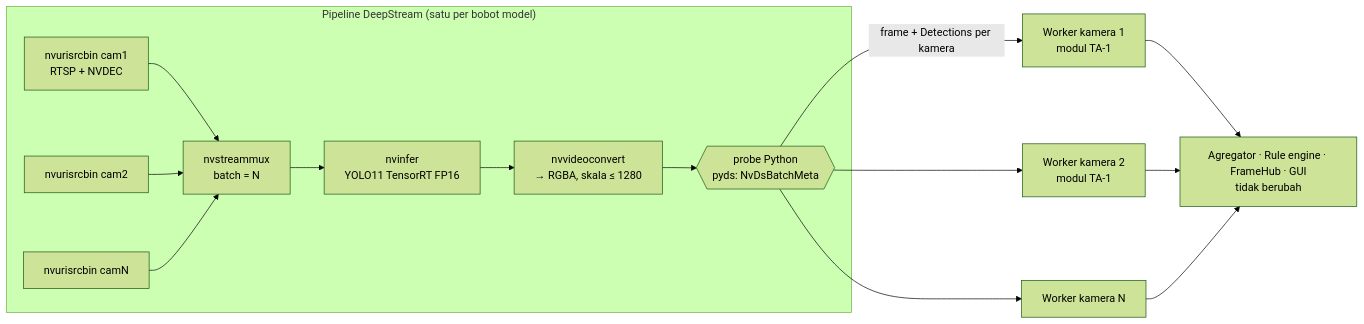
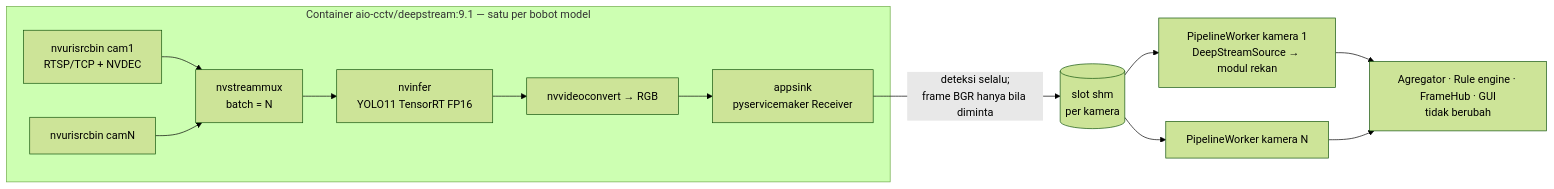
The second of 2 diagrams in docs/fase/FASE-09-optimasi-sumber-daya-packaging.md (Nadhifbasyara/Aplikasi_AIO_CCTV), drawn with Mermaid (forest theme) before and after one commit. The commit also changed other lines of this file and 66 other files, not shown here.

````diff
--- a/docs/fase/FASE-09-optimasi-sumber-daya-packaging.md
+++ b/docs/fase/FASE-09-optimasi-sumber-daya-packaging.md
@@ -228,15 +230,13 @@
 ```mermaid
 flowchart LR
-    subgraph DS["Pipeline DeepStream (satu per bobot model)"]
-        S1[nvurisrcbin cam1<br/>RTSP + NVDEC] --> MUX
-        S2[nvurisrcbin cam2] --> MUX
+    subgraph DS["Container aio-cctv/deepstream:9.1 — satu per bobot model"]
+        S1[nvurisrcbin cam1<br/>RTSP/TCP + NVDEC] --> MUX
         SN[nvurisrcbin camN] --> MUX
         MUX[nvstreammux<br/>batch = N] --> INF[nvinfer<br/>YOLO11 TensorRT FP16]
-        INF --> CONV[nvvideoconvert<br/>→ RGBA, skala ≤ 1280]
-        CONV --> PROBE{{probe Python<br/>pyds: NvDsBatchMeta}}
+        INF --> CONV[nvvideoconvert → RGB] --> SINK[appsink<br/>pyservicemaker Receiver]
     end
-    PROBE -- "frame + Detections per kamera" --> W1[Worker kamera 1<br/>modul TA-1]
-    PROBE --> W2[Worker kamera 2<br/>modul TA-1]
-    PROBE --> WN[Worker kamera N]
-    W1 & W2 & WN --> HOST[Agregator · Rule engine · FrameHub · GUI<br/>tidak berubah]
+    SINK -- "deteksi selalu;<br/>frame BGR hanya bila diminta" --> SHM[(slot shm<br/>per kamera)]
+    SHM --> W1[PipelineWorker kamera 1<br/>DeepStreamSource → modul rekan]
+    SHM --> WN[PipelineWorker kamera N]
+    W1 & WN --> HOST[Agregator · Rule engine · FrameHub · GUI<br/>tidak berubah]
 ```
````
